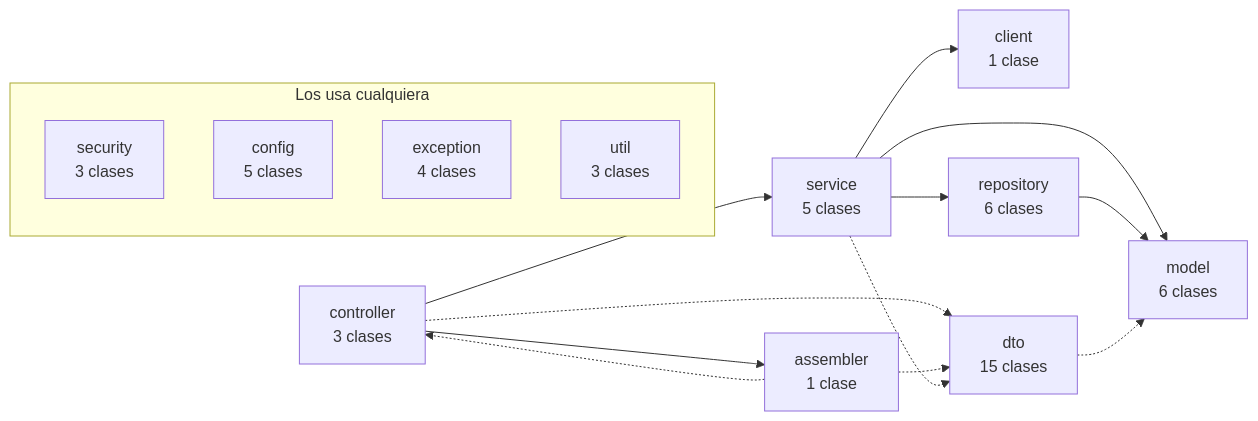
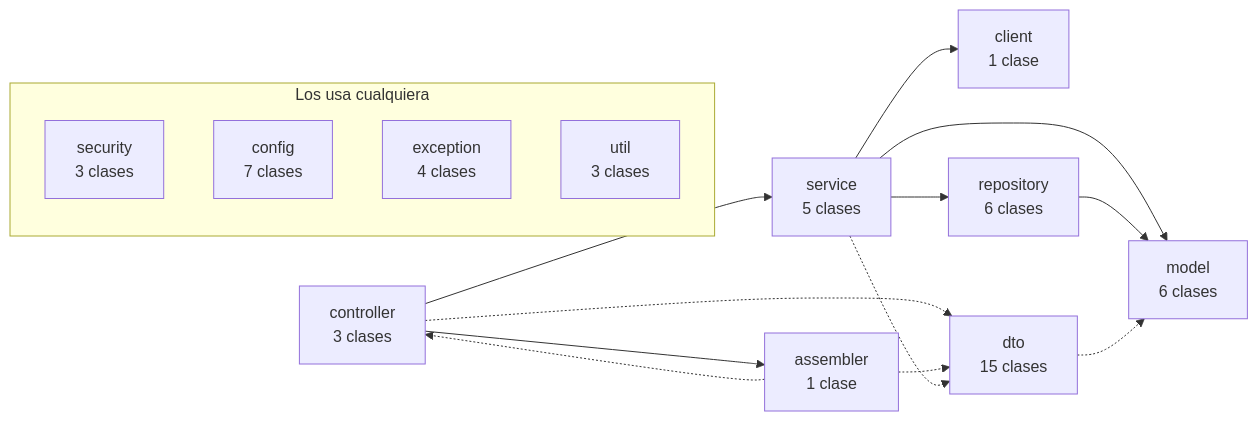
Before and after one commit to TechnicalBridge/DataBridge: the second of 8 diagrams in docs/diagramas/componentes.md, drawn with Mermaid. The commit also changed other lines of this file and 16 other files, not shown here.

````diff
--- a/docs/diagramas/componentes.md
+++ b/docs/diagramas/componentes.md
@@ -132,28 +132,28 @@
 ```mermaid
 flowchart LR
     controller["controller<br/>3 clases"]
     assembler["assembler<br/>1 clase"]
     service["service<br/>5 clases"]
     client["client<br/>1 clase"]
     repository["repository<br/>6 clases"]
     model["model<br/>6 clases"]
     dto["dto<br/>15 clases"]
     subgraph TRANSVERSAL["Los usa cualquiera"]
         direction TB
         security["security<br/>3 clases"]
-        config["config<br/>5 clases"]
+        config["config<br/>7 clases"]
         exception["exception<br/>4 clases"]
         util["util<br/>3 clases"]
     end
     controller --> assembler
     controller --> service
     controller -.-> dto
     assembler -.-> controller
     assembler -.-> dto
     service --> client
     service --> repository
     service --> model
     service -.-> dto
     repository --> model
     dto -.-> model
 ```
````
